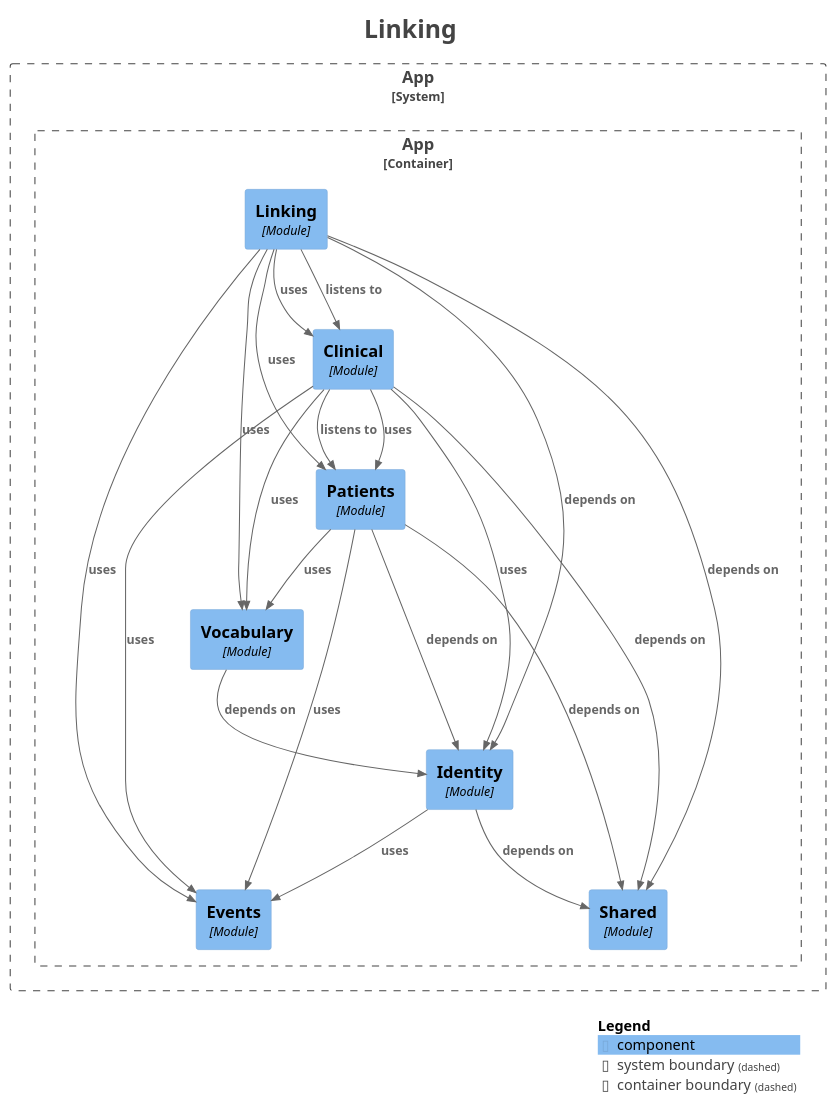
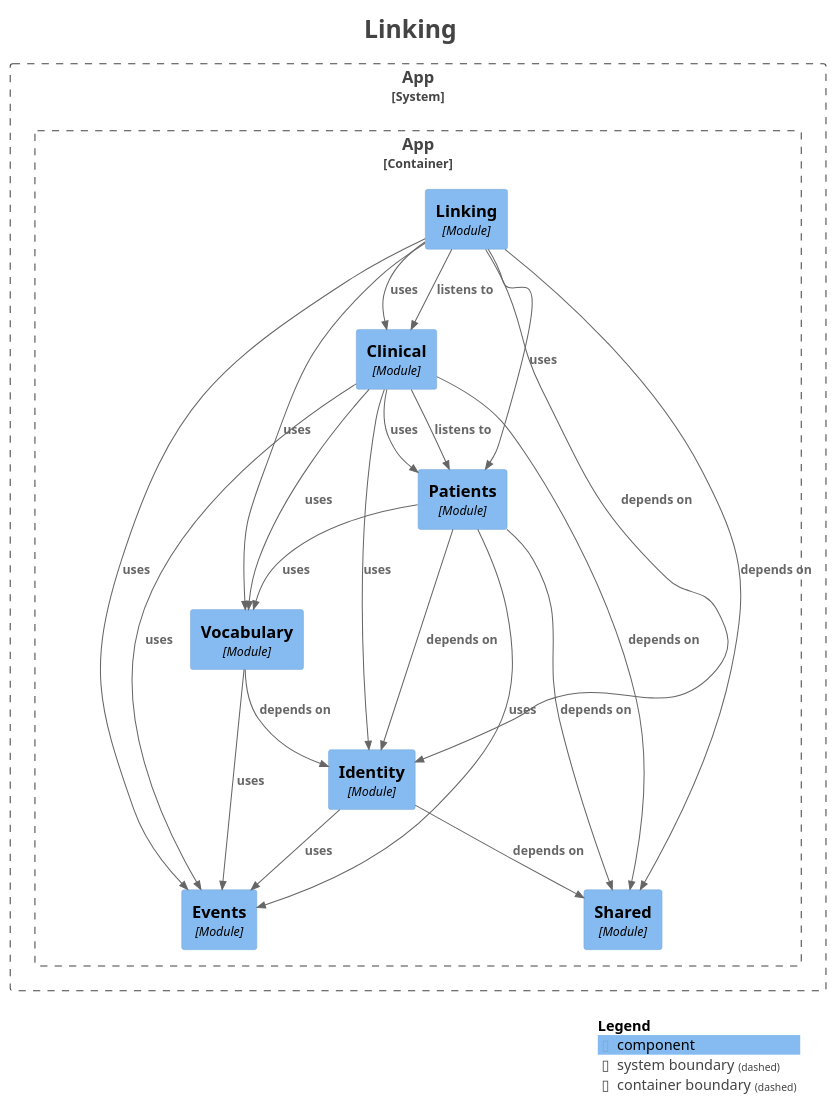
The diagram in docs/generated/module-linking.puml (mrscams/psymate-api), drawn with PlantUML before and after one commit. The commit also changed 7 other files, not shown here.

```diff
--- a/docs/generated/module-linking.puml
+++ b/docs/generated/module-linking.puml
@@ -1,54 +1,55 @@
 @startuml
 title <size:24>Linking</size>
 
 set separator none
 top to bottom direction
 
 <style>
   root {
     BackgroundColor: #ffffff
     FontColor: #444444
   }
 </style>
 
 !include <C4/C4>
 !include <C4/C4_Context>
 !include <C4/C4_Component>
 
 System_Boundary("App_boundary", "App", $tags="") {
   Container_Boundary("App.App_boundary", "App", $tags="") {
     Component(App.App.Clinical, "Clinical", $techn="Module", $descr="", $tags="", $link="")
     Component(App.App.Events, "Events", $techn="Module", $descr="", $tags="", $link="")
     Component(App.App.Identity, "Identity", $techn="Module", $descr="", $tags="", $link="")
     Component(App.App.Linking, "Linking", $techn="Module", $descr="", $tags="", $link="")
     Component(App.App.Patients, "Patients", $techn="Module", $descr="", $tags="", $link="")
     Component(App.App.Shared, "Shared", $techn="Module", $descr="", $tags="", $link="")
     Component(App.App.Vocabulary, "Vocabulary", $techn="Module", $descr="", $tags="", $link="")
   }
 
 }
 
 Rel(App.App.Clinical, App.App.Events, "uses", $techn="", $tags="", $link="")
 Rel(App.App.Clinical, App.App.Identity, "uses", $techn="", $tags="", $link="")
 Rel(App.App.Clinical, App.App.Patients, "listens to", $techn="", $tags="", $link="")
 Rel(App.App.Clinical, App.App.Patients, "uses", $techn="", $tags="", $link="")
 Rel(App.App.Clinical, App.App.Shared, "depends on", $techn="", $tags="", $link="")
 Rel(App.App.Clinical, App.App.Vocabulary, "uses", $techn="", $tags="", $link="")
 Rel(App.App.Identity, App.App.Events, "uses", $techn="", $tags="", $link="")
 Rel(App.App.Identity, App.App.Shared, "depends on", $techn="", $tags="", $link="")
 Rel(App.App.Linking, App.App.Clinical, "listens to", $techn="", $tags="", $link="")
 Rel(App.App.Linking, App.App.Clinical, "uses", $techn="", $tags="", $link="")
 Rel(App.App.Linking, App.App.Events, "uses", $techn="", $tags="", $link="")
 Rel(App.App.Linking, App.App.Identity, "depends on", $techn="", $tags="", $link="")
 Rel(App.App.Linking, App.App.Patients, "uses", $techn="", $tags="", $link="")
 Rel(App.App.Linking, App.App.Shared, "depends on", $techn="", $tags="", $link="")
 Rel(App.App.Linking, App.App.Vocabulary, "uses", $techn="", $tags="", $link="")
 Rel(App.App.Patients, App.App.Events, "uses", $techn="", $tags="", $link="")
 Rel(App.App.Patients, App.App.Identity, "depends on", $techn="", $tags="", $link="")
 Rel(App.App.Patients, App.App.Shared, "depends on", $techn="", $tags="", $link="")
 Rel(App.App.Patients, App.App.Vocabulary, "uses", $techn="", $tags="", $link="")
+Rel(App.App.Vocabulary, App.App.Events, "uses", $techn="", $tags="", $link="")
 Rel(App.App.Vocabulary, App.App.Identity, "depends on", $techn="", $tags="", $link="")
 
 SHOW_LEGEND(true)
 hide stereotypes
 @enduml
```
